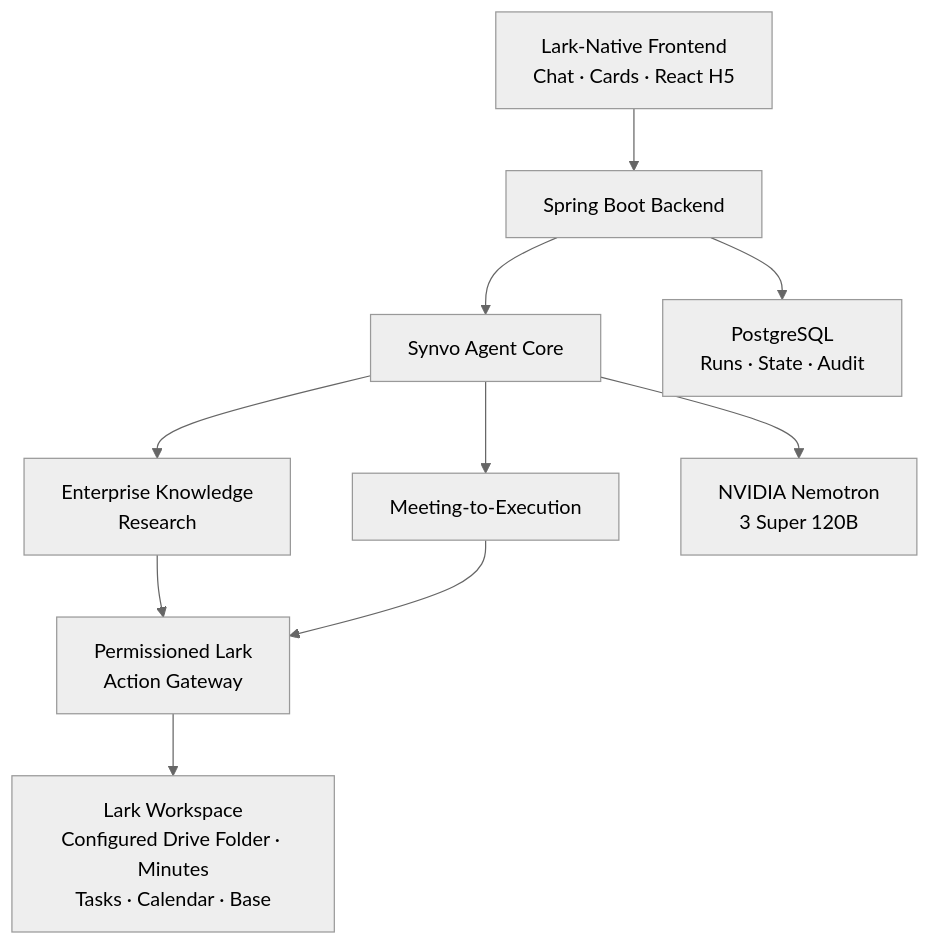
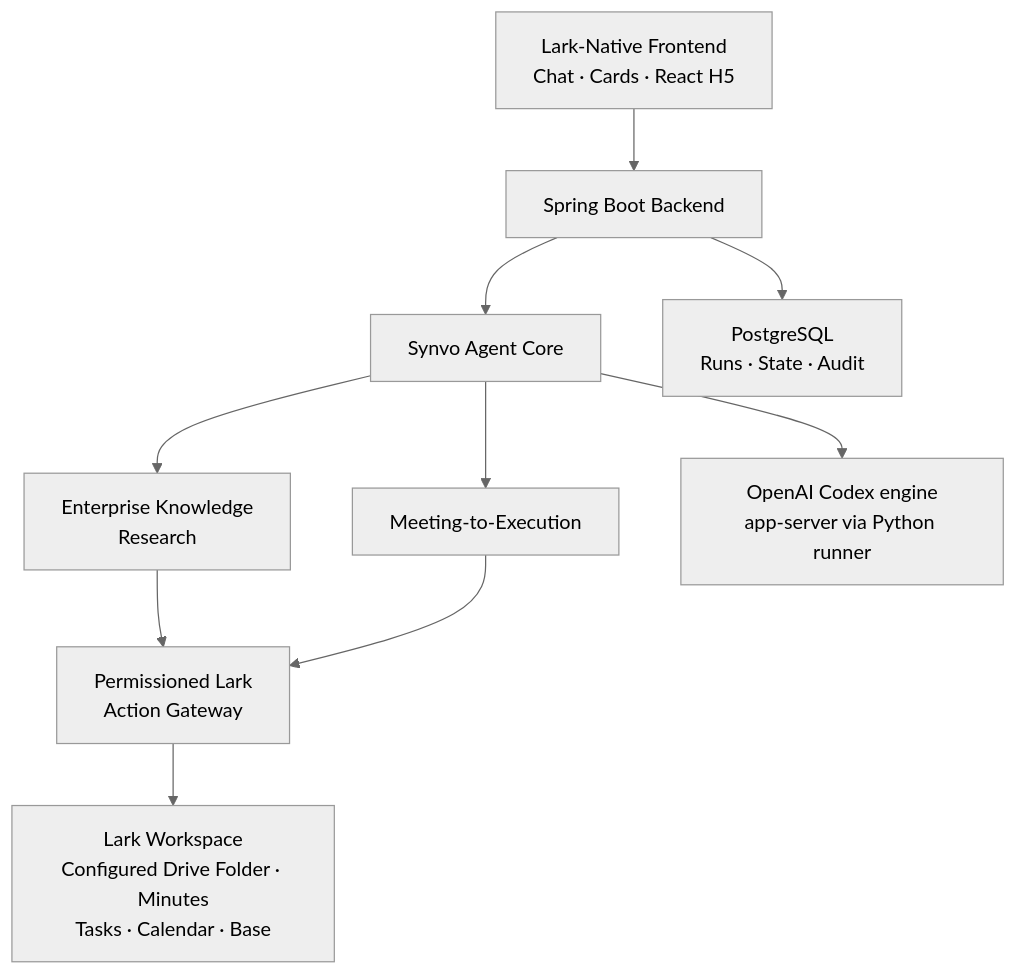
Before and after one commit to victorhwn7255/synvo-lark-v2: the first of 2 diagrams in docs/project-overview.md, drawn with Mermaid (neutral theme). The commit also changed other lines of this file and 3 other files, not shown here.

````diff
--- a/docs/project-overview.md
+++ b/docs/project-overview.md
@@ -124,22 +125,22 @@
 ```mermaid
 flowchart TB
     UI["Lark-Native Frontend<br/>Chat · Cards · React H5"]
     APP["Spring Boot Backend"]
     CORE["Synvo Agent Core"]
     RESEARCH["Enterprise Knowledge<br/>Research"]
     MEETING["Meeting-to-Execution"]
     GATEWAY["Permissioned Lark<br/>Action Gateway"]
     LARK["Lark Workspace<br/>Configured Drive Folder · Minutes<br/>Tasks · Calendar · Base"]
-    MODEL["NVIDIA Nemotron<br/>3 Super 120B"]
+    MODEL["OpenAI Codex engine<br/>app-server via Python runner"]
     DB["PostgreSQL<br/>Runs · State · Audit"]
 
     UI --> APP
     APP --> CORE
     CORE --> RESEARCH
     CORE --> MEETING
     RESEARCH --> GATEWAY
     MEETING --> GATEWAY
     GATEWAY --> LARK
     CORE --> MODEL
     APP --> DB
 ```
````
